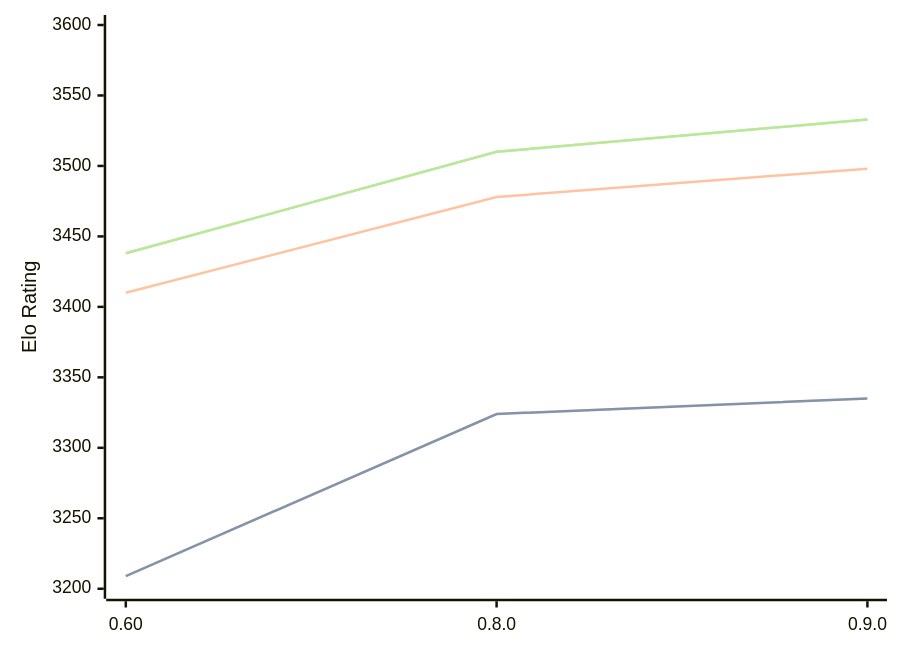
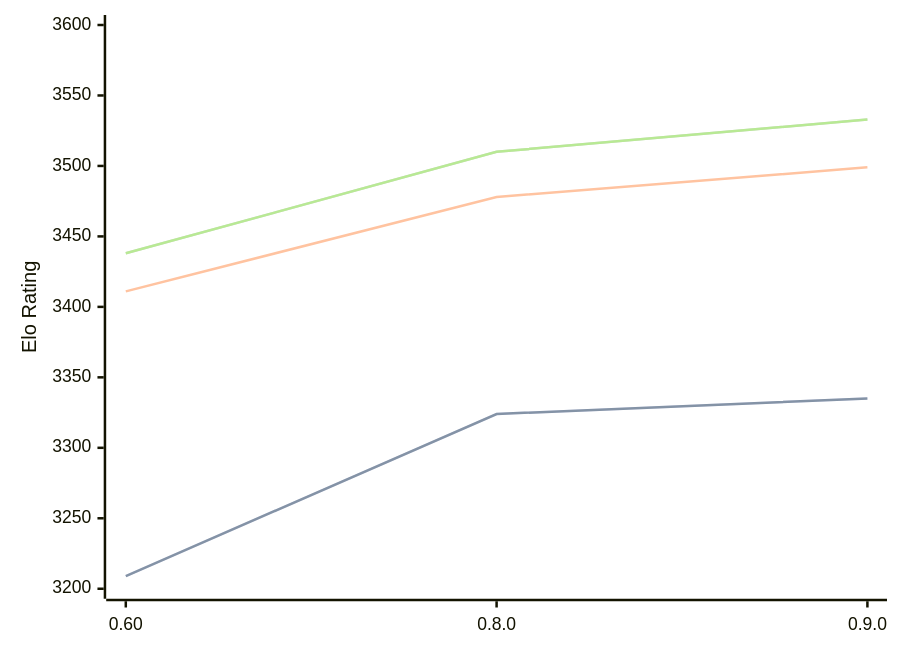
One commit to computer-chess-index/cci changed the diagram in engines/Motor.md. Above: the diagram before and after it, drawn with Mermaid. The commit also changed other lines of this file, not shown here.

````diff
--- a/engines/Motor.md
+++ b/engines/Motor.md
@@ -33,11 +33,11 @@
 ```mermaid
 %%{init: {"theme":"base","themeVariables":{"seriesColors:['#a3a3a3','#222221','#faa371']}}}%%
 xychart-beta
   x-axis ["0.60", "0.8.0", "0.9.0"]
   y-axis "Elo Rating" 3200 --> 3600
   line "STC (8.0+0.08s)" [3209, 3324, 3335]
   line "STC (8.0+0.08s)" [3209, 3324, 3335]
-  line "LTC (60.0+0.60s)" [3410, 3478, 3498]
+  line "LTC (60.0+0.60s)" [3411, 3478, 3499]
   line "VLTC (2m24s+1.12s)" [3438, 3510, 3533]
   line "VLTC (2m24s+1.12s)" [3438, 3510, 3533]
 ```
````
